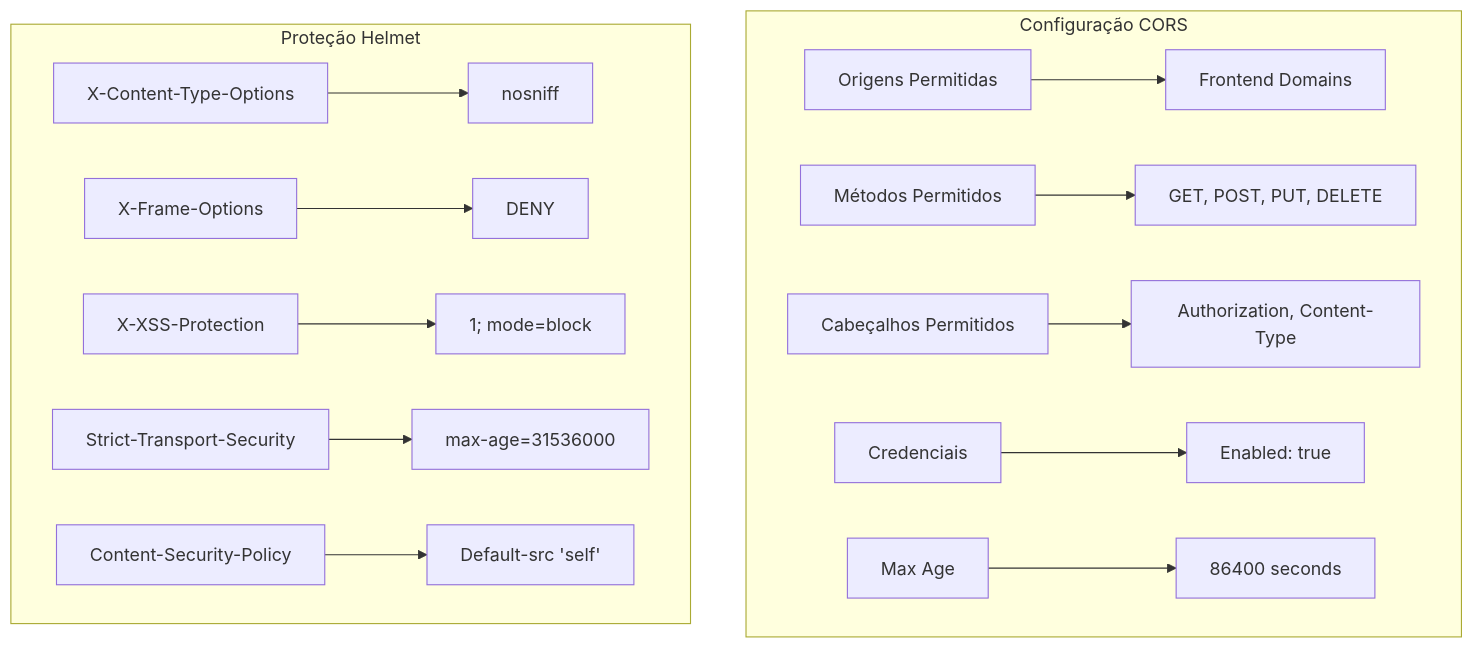
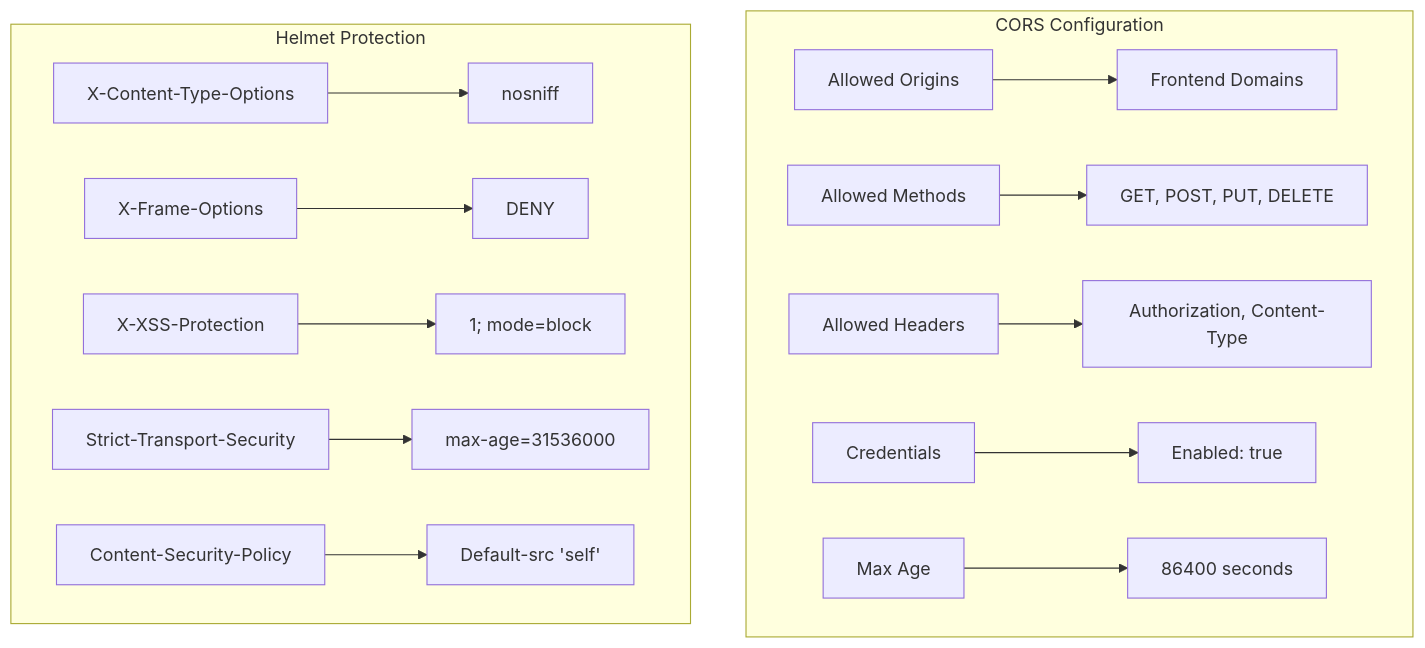
One commit to RobertRuas/windlog changed the sixth of 10 diagrams in .qoder/repowiki/en/content/Segurança e Autenticação.md. Above: the diagram before and after it, drawn with Mermaid. The commit also changed other lines of this file and 136 other files, not shown here.

````diff
--- a/.qoder/repowiki/en/content/Segurança e Autenticação.md
+++ b/.qoder/repowiki/en/content/Segurança e Autenticação.md
@@ -271,17 +281,17 @@
 ```mermaid
 graph TB
-subgraph "Configuração CORS"
-A[Origens Permitidas] --> B[Frontend Domains]
-C[Métodos Permitidos] --> D[GET, POST, PUT, DELETE]
-E[Cabeçalhos Permitidos] --> F[Authorization, Content-Type]
-G[Credenciais] --> H[Enabled: true]
+subgraph "CORS Configuration"
+A[Allowed Origins] --> B[Frontend Domains]
+C[Allowed Methods] --> D[GET, POST, PUT, DELETE]
+E[Allowed Headers] --> F[Authorization, Content-Type]
+G[Credentials] --> H[Enabled: true]
 I[Max Age] --> J[86400 seconds]
 end
-subgraph "Proteção Helmet"
+subgraph "Helmet Protection"
 K[X-Content-Type-Options] --> L["nosniff"]
 M[X-Frame-Options] --> N["DENY"]
 O[X-XSS-Protection] --> P["1; mode=block"]
 Q[Strict-Transport-Security] --> R["max-age=31536000"]
 S[Content-Security-Policy] --> T["Default-src 'self'"]
 end
 ```
````
